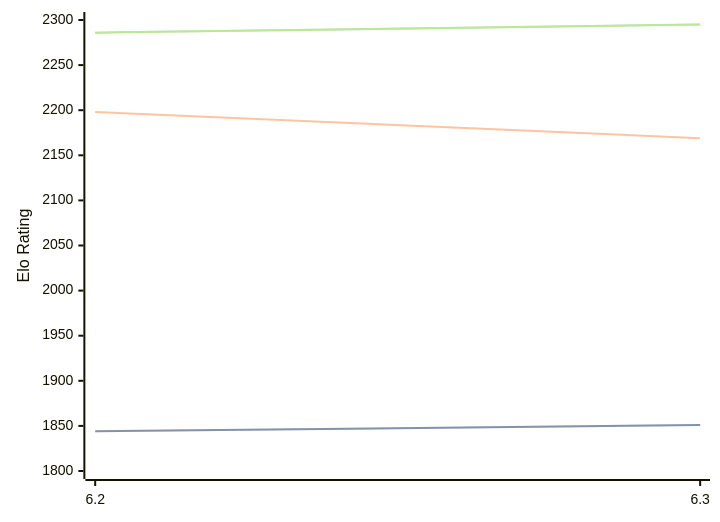
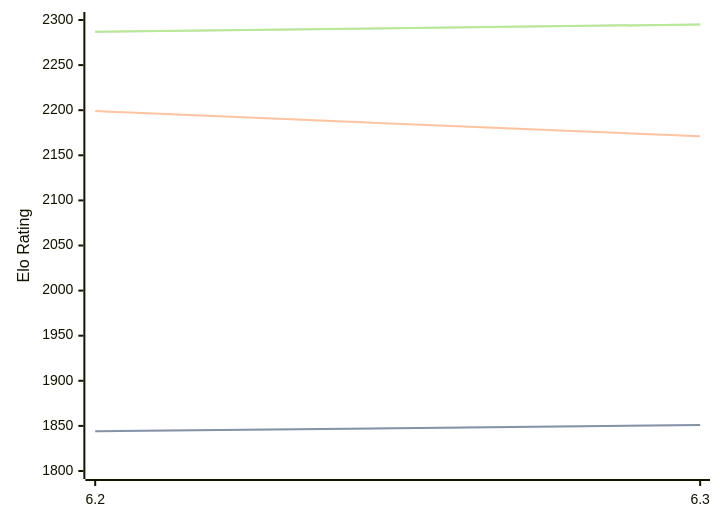
Before and after one commit to computer-chess-index/cci: the diagram in engines/chess4j.md, drawn with Mermaid. The commit also changed other lines of this file, not shown here.

Commit message:
Update CCI Ratings (ELO VLTC) - 2026-07-30

````diff
--- a/engines/chess4j.md
+++ b/engines/chess4j.md
@@ -38,11 +38,11 @@
 ```mermaid
 %%{init: {"theme":"base","themeVariables":{"seriesColors:['#a3a3a3','#222221','#faa371']}}}%%
 xychart-beta
   x-axis ["6.2", "6.3"]
   y-axis "Elo Rating" 1800 --> 2300
   line "STC (8.0+0.08s)" [1844, 1851]
   line "STC (8.0+0.08s)" [1844, 1851]
-  line "LTC (60.0+0.60s)" [2198, 2169]
-  line "VLTC (2m24s+1.12s)" [2286, 2295]
-  line "VLTC (2m24s+1.12s)" [2286, 2295]
+  line "LTC (60.0+0.60s)" [2199, 2171]
+  line "VLTC (2m24s+1.12s)" [2287, 2295]
+  line "VLTC (2m24s+1.12s)" [2287, 2295]
 ```
````
